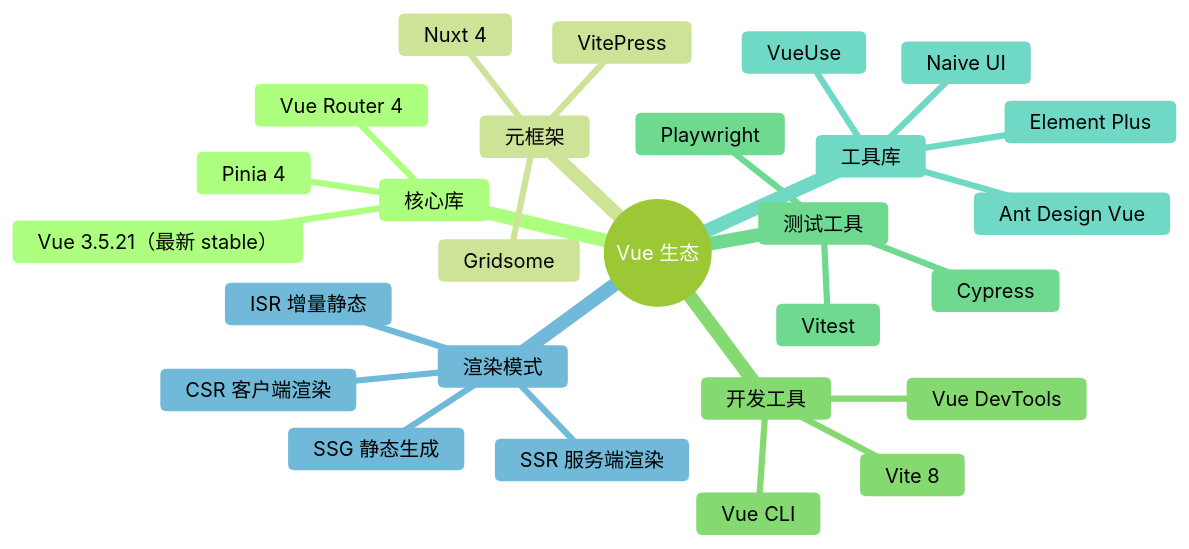
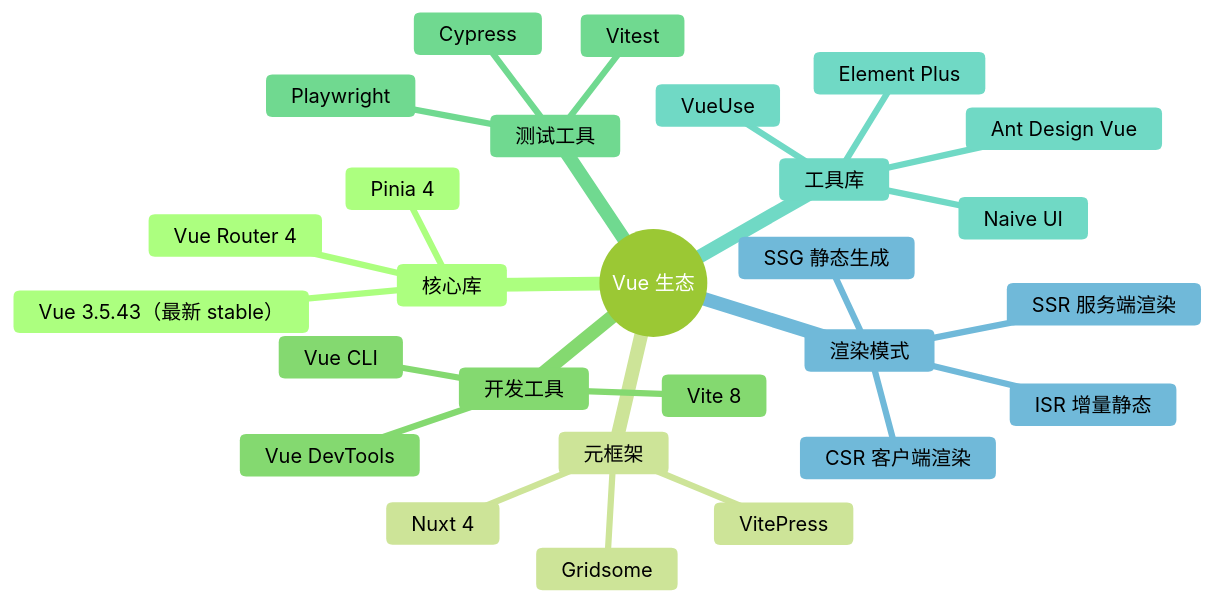
Before and after one commit to KMaybe01/interview-demo: diagram 44 of 49 in docs/S2-框架深入/01-Vue3.md, drawn with Mermaid (forest theme). The commit also changed other lines of this file and 9 other files, not shown here.

````diff
--- a/docs/S2-框架深入/01-Vue3.md
+++ b/docs/S2-框架深入/01-Vue3.md
@@ -2969,30 +3048,30 @@
 ```mermaid
 mindmap
   root((Vue 生态))
     核心库
-      Vue 3.5.21（最新 stable）
+      Vue 3.5.43（最新 stable）
       Vue Router 4
       Pinia 4
     元框架
       Nuxt 4
       VitePress
       Gridsome
     开发工具
       Vite 8
       Vue DevTools
       Vue CLI
     测试工具
       Vitest
       Cypress
       Playwright
     工具库
       VueUse
       Element Plus
       Ant Design Vue
       Naive UI
     渲染模式
       CSR 客户端渲染
       SSR 服务端渲染
       SSG 静态生成
       ISR 增量静态
 ```
````
